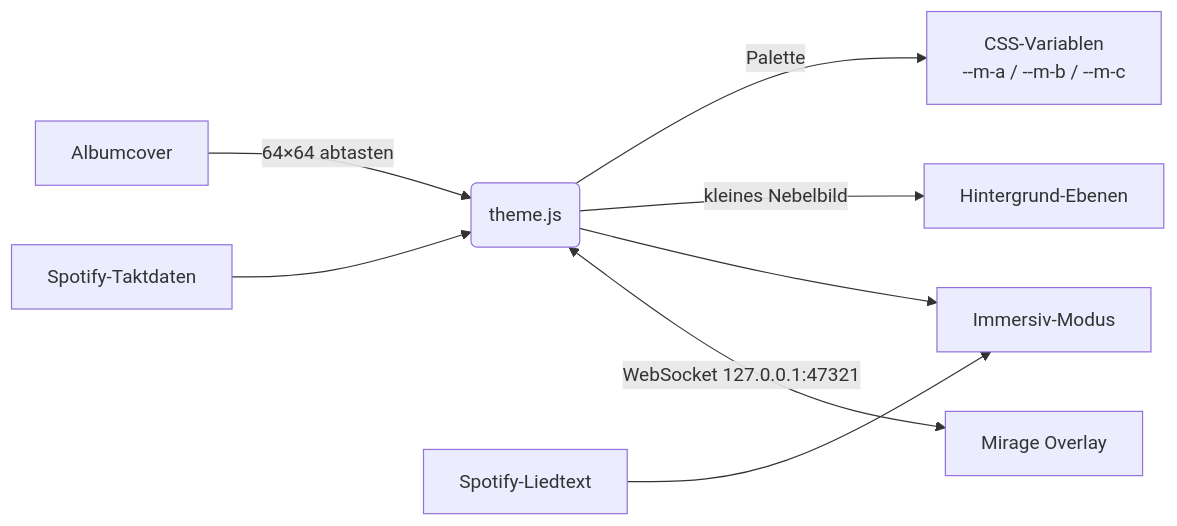
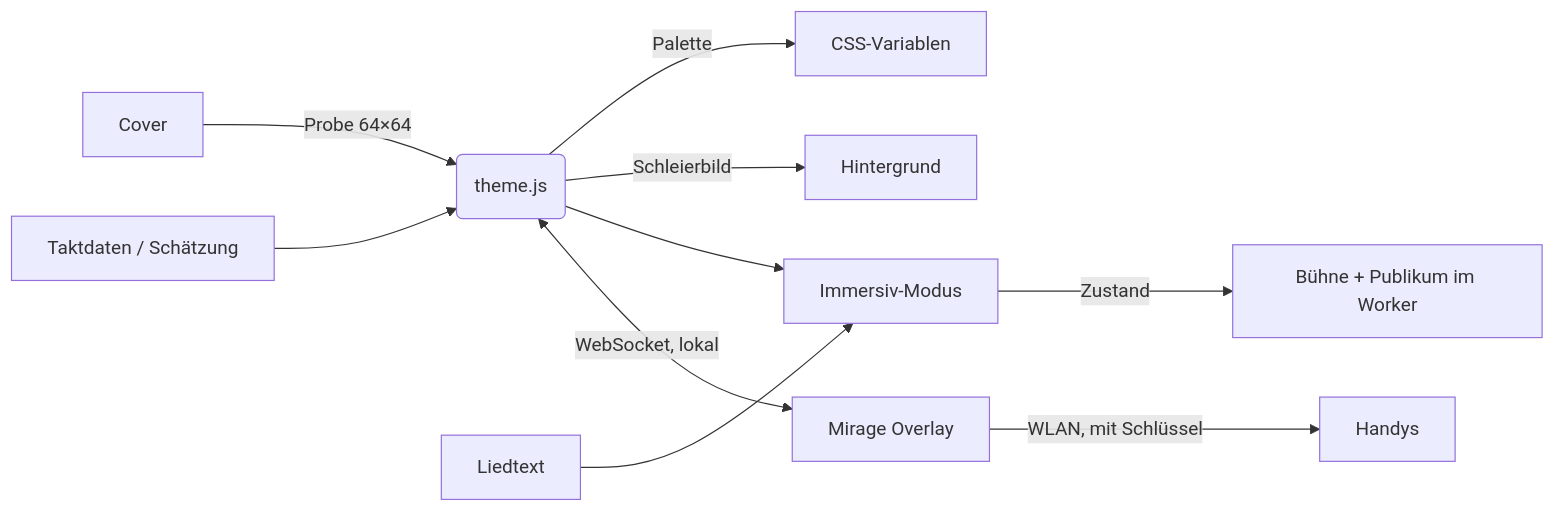
One commit to Passimoritz/spicetify-mirage changed the diagram in README.de.md. Above: the diagram before and after it, drawn with Mermaid. The commit also changed other lines of this file and 19 other files, not shown here.

````diff
--- a/README.de.md
+++ b/README.de.md
@@ -238,10 +253,12 @@
 ```mermaid
 flowchart LR
-  A[Albumcover] -->|64×64 abtasten| B(theme.js)
-  B -->|Palette| C[CSS-Variablen<br/>--m-a / --m-b / --m-c]
-  B -->|kleines Nebelbild| D[Hintergrund-Ebenen]
-  E[Spotify-Taktdaten] --> B
-  F[Spotify-Liedtext] --> G[Immersiv-Modus]
+  A[Cover] -->|Probe 64×64| B(theme.js)
+  B -->|Palette| C[CSS-Variablen]
+  B -->|Schleierbild| D[Hintergrund]
+  E[Taktdaten / Schätzung] --> B
+  F[Liedtext] --> G[Immersiv-Modus]
   B --> G
-  B <-->|WebSocket 127.0.0.1:47321| H[Mirage Overlay]
+  G -->|Zustand| W[Bühne + Publikum im Worker]
+  B <-->|WebSocket, lokal| H[Mirage Overlay]
+  H -->|WLAN, mit Schlüssel| P[Handys]
 ```
````
